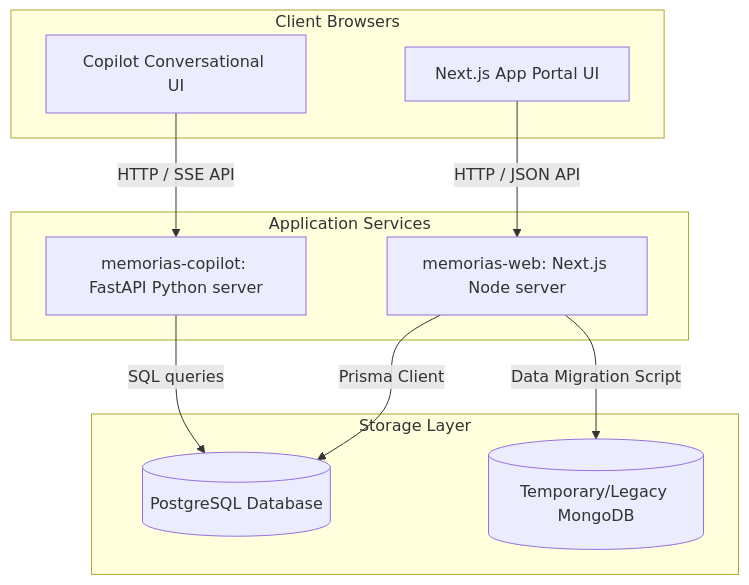
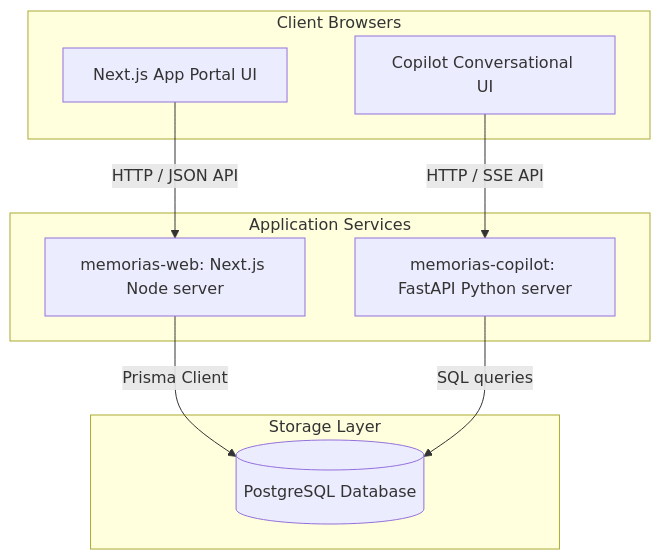
One commit to lifia-unlp/memorias changed the diagram in README.md. Above: the diagram before and after it, drawn with Mermaid. The commit also changed other lines of this file and 139 other files, not shown here.

Commit message:
chore: remove legacy codebase, migration scripts, and documentation

````diff
--- a/README.md
+++ b/README.md
@@ -45,23 +37,21 @@
 ```mermaid
 graph TD
     subgraph Client [Client Browsers]
         UI[Next.js App Portal UI]
         Chat[Copilot Conversational UI]
     end
 
     subgraph AppServer [Application Services]
         Web[memorias-web: Next.js Node server]
         Copilot[memorias-copilot: FastAPI Python server]
     end
 
     subgraph Database [Storage Layer]
         PG[(PostgreSQL Database)]
-        LegacyMongo[(Temporary/Legacy MongoDB)]
     end
 
     UI -->|HTTP / JSON API| Web
     Chat -->|HTTP / SSE API| Copilot
     Web -->|Prisma Client| PG
     Copilot -->|SQL queries| PG
-    Web -->|Data Migration Script| LegacyMongo
 ```
````
